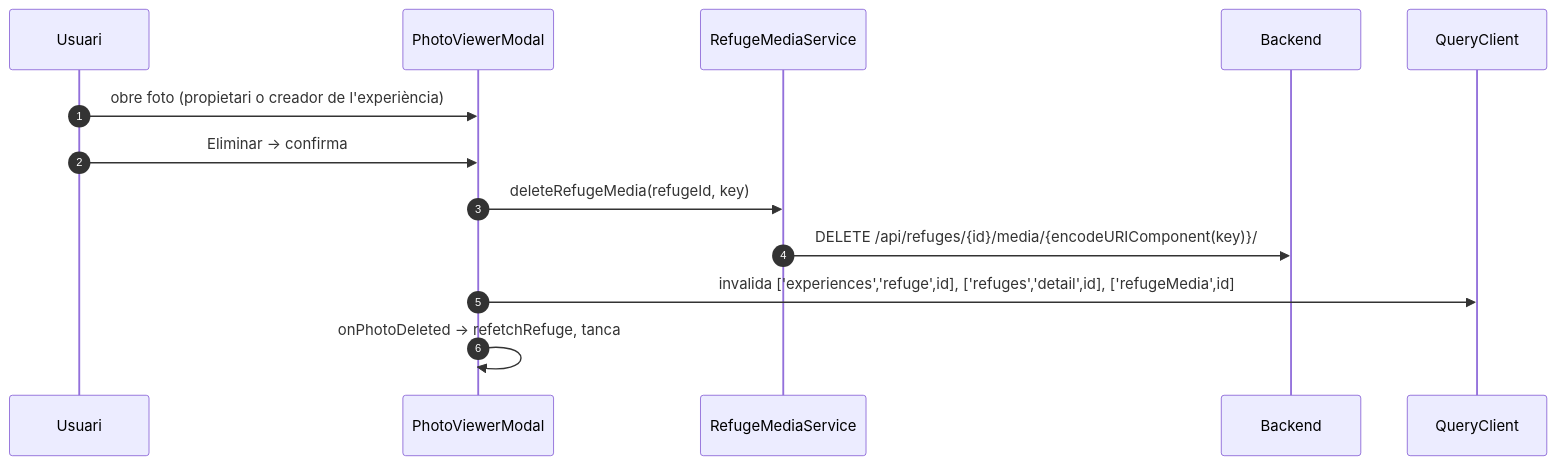
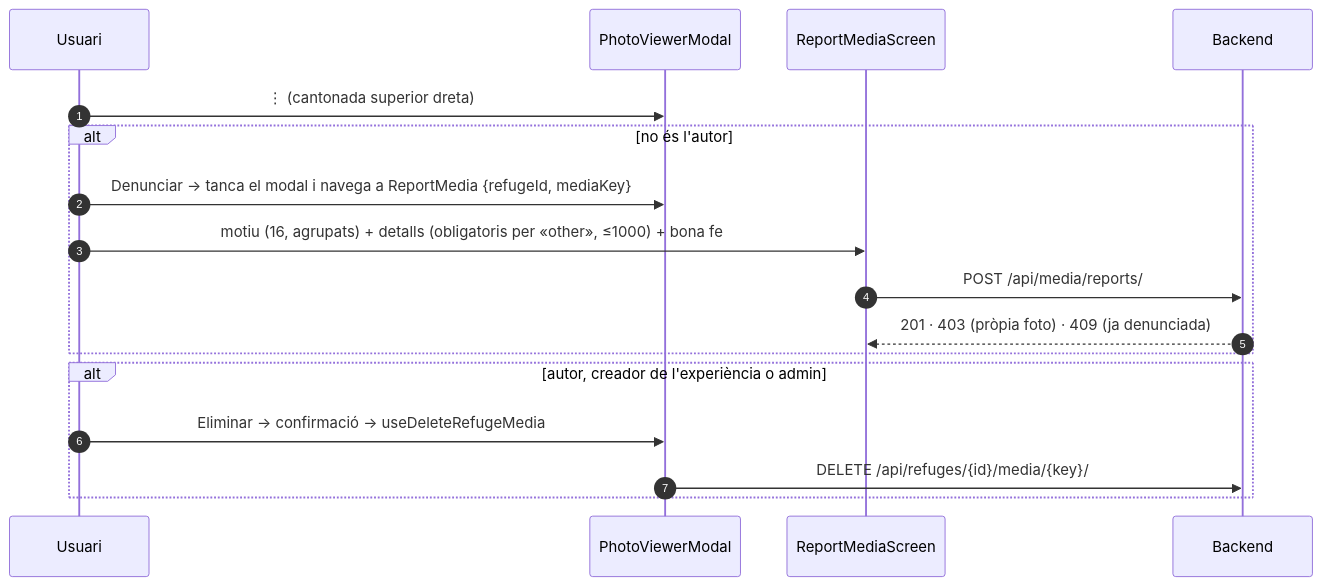
Before and after one commit to jordirev/RefugisLliures_Frontend: the second of 2 diagrams in docs/flows/09-refuge-photos-gallery.md, drawn with Mermaid. The commit also changed other lines of this file and 9 other files, not shown here.

Commit message:
docs(images): fluxos 01/03/09/11, backend-api, experience-service, gotchas, deute i arquitectura

````diff
--- a/docs/flows/09-refuge-photos-gallery.md
+++ b/docs/flows/09-refuge-photos-gallery.md
@@ -49,16 +64,20 @@
 ```mermaid
 sequenceDiagram
     autonumber
     participant U as Usuari
     participant PV as PhotoViewerModal
-    participant S as RefugeMediaService
+    participant RM as ReportMediaScreen
     participant BE as Backend
-    participant Q as QueryClient
 
-    U->>PV: obre foto (propietari o creador de l'experiència)
-    U->>PV: Eliminar → confirma
-    PV->>S: deleteRefugeMedia(refugeId, key)
-    S->>BE: DELETE /api/refuges/{id}/media/{encodeURIComponent(key)}/
-    PV->>Q: invalida ['experiences','refuge',id], ['refuges','detail',id], ['refugeMedia',id]
-    PV->>PV: onPhotoDeleted → refetchRefuge, tanca
+    U->>PV: ⋮ (cantonada superior dreta)
+    alt no és l'autor
+        U->>PV: Denunciar → tanca el modal i navega a ReportMedia {refugeId, mediaKey}
+        U->>RM: motiu (16, agrupats) + detalls (obligatoris per «other», ≤1000) + bona fe
+        RM->>BE: POST /api/media/reports/
+        BE-->>RM: 201 · 403 (pròpia foto) · 409 (ja denunciada)
+    end
+    alt autor, creador de l'experiència o admin
+        U->>PV: Eliminar → confirmació → useDeleteRefugeMedia
+        PV->>BE: DELETE /api/refuges/{id}/media/{key}/
+    end
 ```
````
